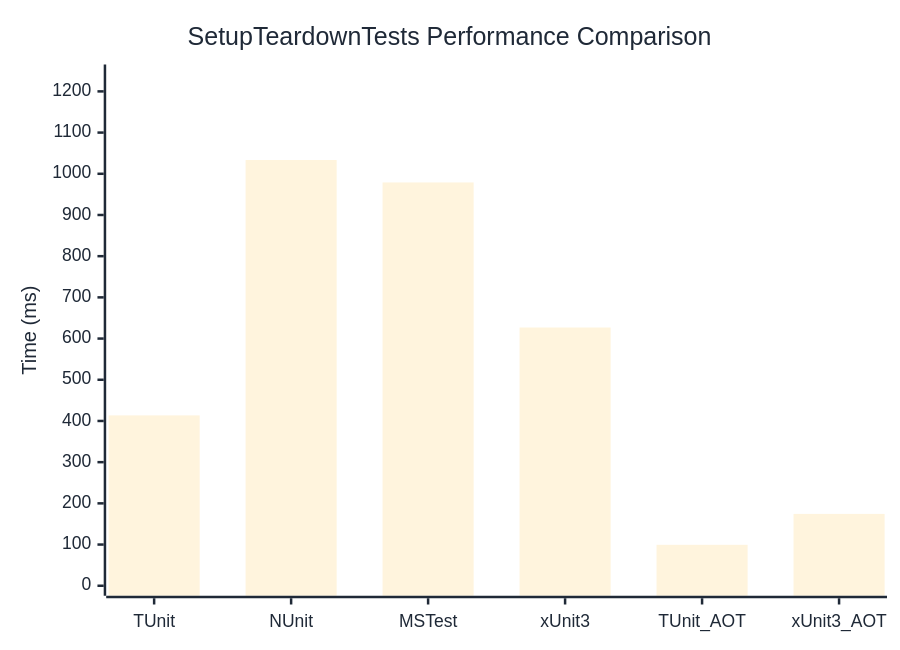
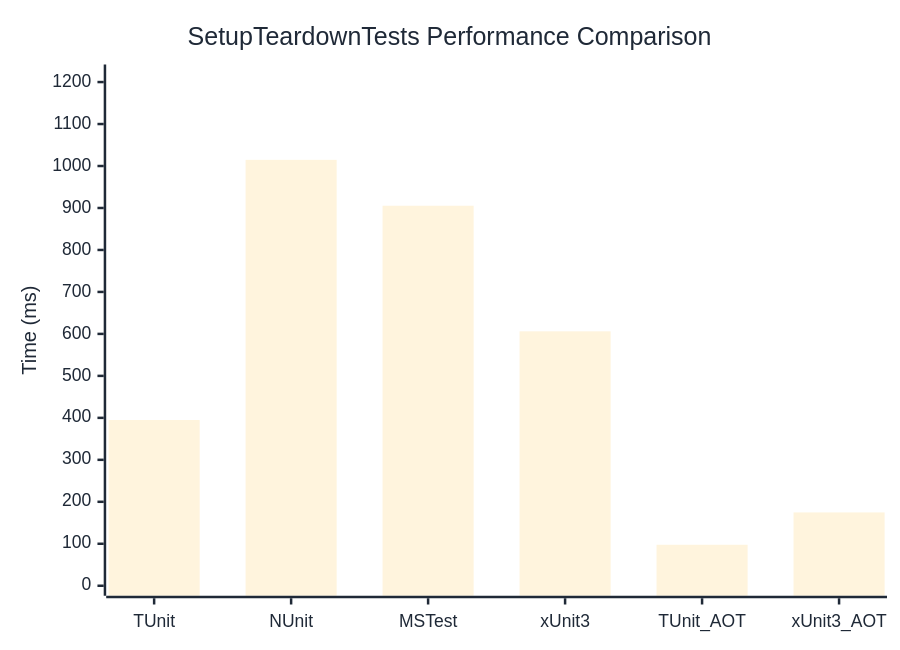
Before and after one commit to thomhurst/TUnit: the diagram in docs/docs/benchmarks/engine/SetupTeardownTests.md, drawn with Mermaid. The commit also changed other lines of this file and 18 other files, not shown here.

````diff
--- a/docs/docs/benchmarks/engine/SetupTeardownTests.md
+++ b/docs/docs/benchmarks/engine/SetupTeardownTests.md
@@ -30,37 +30,37 @@
 ```mermaid
 %%{init: {
   'theme':'base',
   'themeVariables': {
     'primaryColor': '#2563eb',
     'primaryTextColor': '#1f2937',
     'primaryBorderColor': '#1e40af',
     'lineColor': '#6b7280',
     'secondaryColor': '#7c3aed',
     'tertiaryColor': '#dc2626',
     'background': '#ffffff',
     'mainBkg': '#2563eb',
     'secondBkg': '#7c3aed',
     'tertiaryBkg': '#dc2626',
     'clusterBkg': '#f3f4f6',
     'edgeLabelBackground': '#ffffff',
     'tertiaryTextColor': '#1f2937',
     'pie1': '#2563eb',
     'pie2': '#7c3aed',
     'pie3': '#dc2626',
     'pie4': '#f59e0b',
     'pie5': '#10b981',
     'pie6': '#06b6d4',
     'pie7': '#ec4899',
     'pie8': '#6366f1',
     'pie9': '#84cc16',
     'pie10': '#f97316',
     'pie11': '#14b8a6',
     'pie12': '#a855f7'
   }
 }}%%
 xychart-beta
   title "SetupTeardownTests Performance Comparison"
   x-axis ["TUnit", "NUnit", "MSTest", "xUnit3", "TUnit_AOT", "xUnit3_AOT"]
-  y-axis "Time (ms)" 0 --> 1241
-  bar [413.55, 1033.38, 978.96, 626.85, 99.37, 174.36]
+  y-axis "Time (ms)" 0 --> 1218
+  bar [394.82, 1014.65, 905.35, 606.14, 97.65, 174.69]
 ```
````
